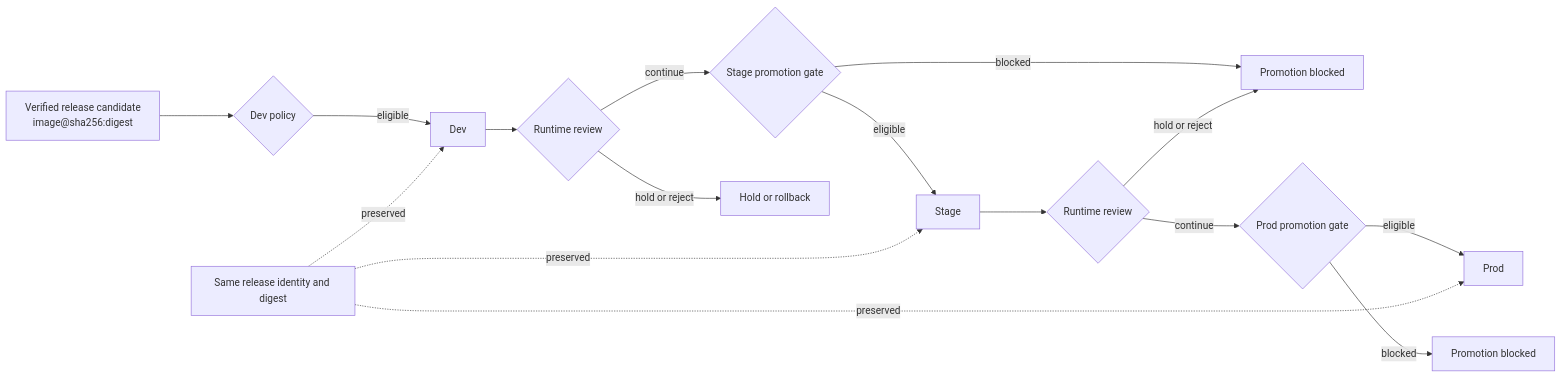
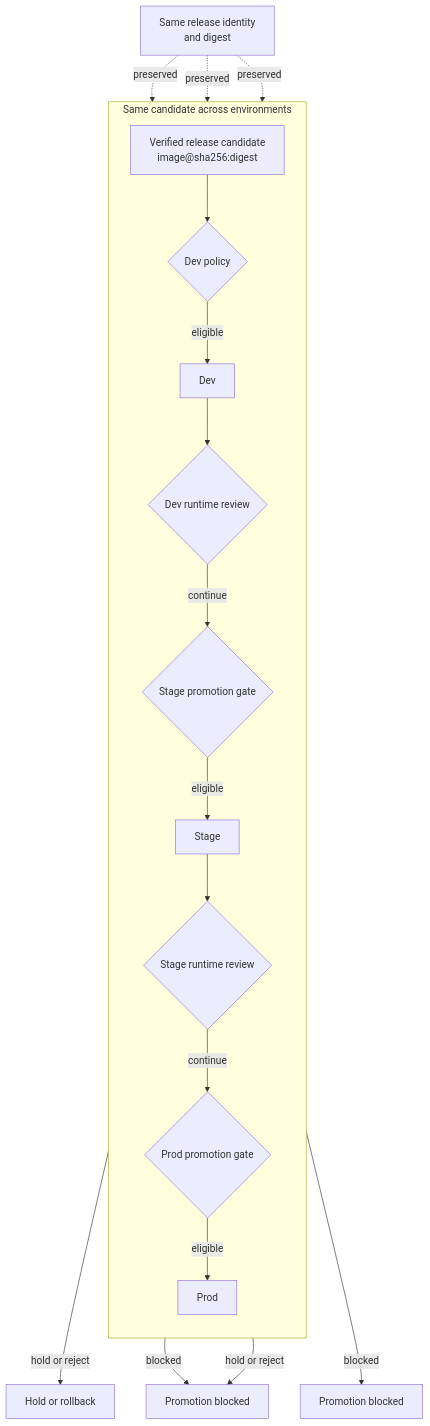
The fifth of 5 diagrams in docs/diagrams/README.md (DimitryZH/secure-delivery-platform), drawn with Mermaid before and after one commit. The commit also changed other lines of this file and 2 other files, not shown here.

Commit message:
docs: refine trusted delivery architecture

````diff
--- a/docs/diagrams/README.md
+++ b/docs/diagrams/README.md
@@ -114,19 +126,23 @@
 ```mermaid
-flowchart LR
-    Candidate["Verified release candidate<br/>image@sha256:digest"] --> DevGate{Dev policy}
-    DevGate -->|eligible| Dev[Dev]
-    Dev --> DevReview{Runtime review}
-    DevReview -->|continue| StageGate{Stage promotion gate}
+flowchart TB
+    subgraph EnvironmentPath[Same candidate across environments]
+        direction TB
+        Candidate["Verified release candidate<br/>image@sha256:digest"] --> DevGate{Dev policy}
+        DevGate -->|eligible| Dev[Dev]
+        Dev --> DevReview{Dev runtime review}
+        DevReview -->|continue| StageGate{Stage promotion gate}
+        StageGate -->|eligible| Stage[Stage]
+        Stage --> StageReview{Stage runtime review}
+        StageReview -->|continue| ProdGate{Prod promotion gate}
+        ProdGate -->|eligible| Prod[Prod]
+    end
+
     DevReview -->|hold or reject| DevStop[Hold or rollback]
-    StageGate -->|eligible| Stage[Stage]
     StageGate -->|blocked| StageStop[Promotion blocked]
-    Stage --> StageReview{Runtime review}
-    StageReview -->|continue| ProdGate{Prod promotion gate}
     StageReview -->|hold or reject| StageStop
-    ProdGate -->|eligible| Prod[Prod]
     ProdGate -->|blocked| ProdStop[Promotion blocked]
 
-    Identity[Same release identity and digest] -. preserved .-> Dev
+    Identity["Same release identity<br/>and digest"] -. preserved .-> Dev
     Identity -. preserved .-> Stage
     Identity -. preserved .-> Prod
 ```
````
